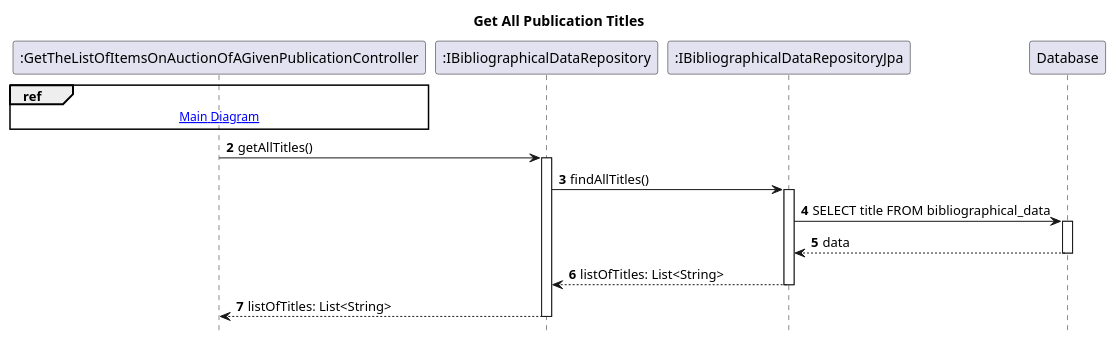
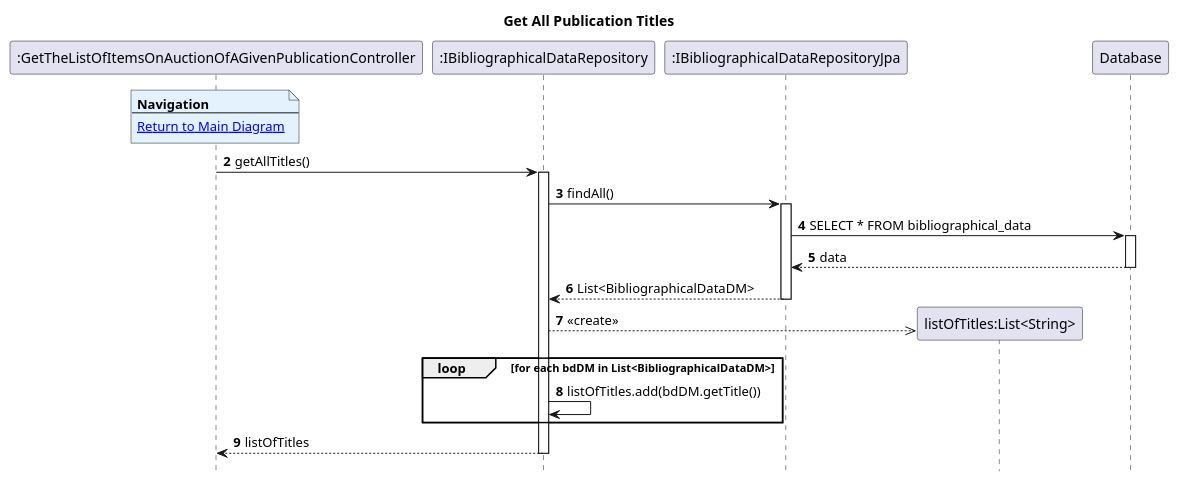
Before and after one commit to AndrePereiraGitH/SWitCH-Project-Team_A: the diagram in Diagrams/SequenceDiagrams/N2/To-Get-List-Of-Items-Auction-Of-Given-Publication/2.GetAllPublicationTitles.puml, drawn with PlantUML. The commit also changed 5 other files, not shown here.

```diff
--- a/Diagrams/SequenceDiagrams/N2/To-Get-List-Of-Items-Auction-Of-Given-Publication/2.GetAllPublicationTitles.puml
+++ b/Diagrams/SequenceDiagrams/N2/To-Get-List-Of-Items-Auction-Of-Given-Publication/2.GetAllPublicationTitles.puml
@@ -1,28 +1,37 @@
 @startuml
 hide footbox
 autonumber 2
 title Get All Publication Titles
 
 participant ":GetTheListOfItemsOnAuctionOfAGivenPublicationController" as Ctrl
 participant ":IBibliographicalDataRepository" as bdRepo
 participant ":IBibliographicalDataRepositoryJpa" as bdJpa
+participant "listOfTitles:List<String>" as listOfTitles
 participant "Database" as db
 
-ref over Ctrl
-  [[1.MainDiagram.puml Main Diagram]]
-end ref
+note over Ctrl #E3F2FD
+<b>Navigation</b>
+---
+[[1.MainDiagram.puml Return to Main Diagram]]
+end note
 
 Ctrl -> bdRepo: getAllTitles()
 activate bdRepo
-bdRepo -> bdJpa: findAllTitles()
+bdRepo -> bdJpa: findAll()
 activate bdJpa
-bdJpa -> db: SELECT title FROM bibliographical_data
+bdJpa -> db: SELECT * FROM bibliographical_data
 activate db
 db --> bdJpa: data
 deactivate db
-bdJpa --> bdRepo: listOfTitles: List<String>
+bdJpa --> bdRepo: List<BibliographicalDataDM>
 deactivate bdJpa
-bdRepo --> Ctrl: listOfTitles: List<String>
+
+bdRepo -->> listOfTitles **: <<create>>
+loop for each bdDM in List<BibliographicalDataDM>
+    bdRepo -> bdRepo: listOfTitles.add(bdDM.getTitle())
+end
+
+bdRepo --> Ctrl: listOfTitles
 deactivate bdRepo
 
 @enduml
```
